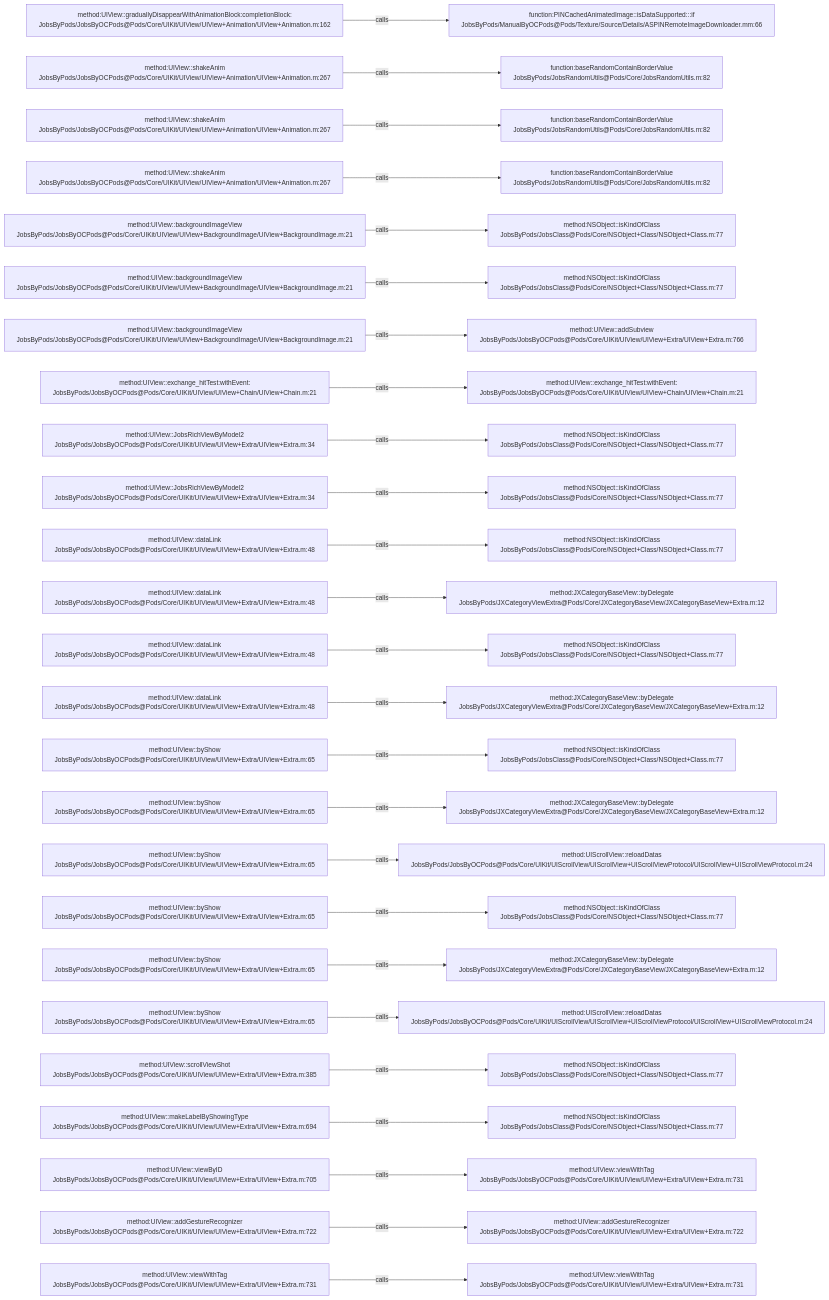
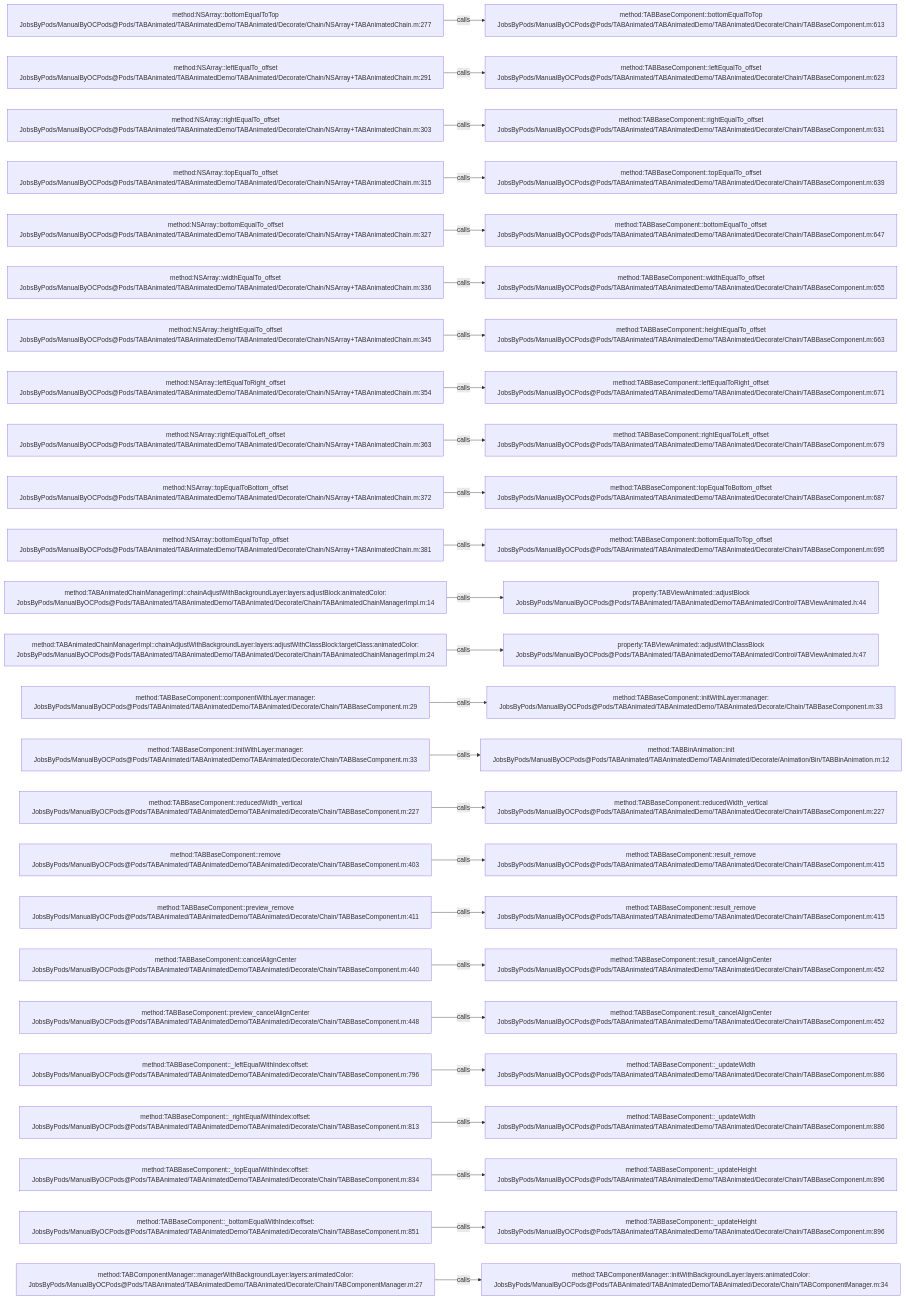
The diagram in .codegraph/codegraph.md/graphs/calls-039.md (JobsKits/JobsOCBaseConfigDemo), drawn with Mermaid before and after one commit. The commit also changed 2162 other files, not shown here.

````diff
--- a/.codegraph/codegraph.md/graphs/calls-039.md
+++ b/.codegraph/codegraph.md/graphs/calls-039.md
@@ -13,78 +13,78 @@
 ```mermaid
 flowchart LR
-  S1["method:UIView::graduallyDisappearWithAnimationBlock:completionBlock:<br/>JobsByPods/JobsByOCPods@Pods/Core/UIKit/UIView/UIView+Animation/UIView+Animation.m:162"]
-  T1["function:PINCachedAnimatedImage::isDataSupported:::if<br/>JobsByPods/ManualByOCPods@Pods/Texture/Source/Details/ASPINRemoteImageDownloader.mm:66"]
+  S1["method:NSArray::bottomEqualToTop<br/>JobsByPods/ManualByOCPods@Pods/TABAnimated/TABAnimatedDemo/TABAnimated/Decorate/Chain/NSArray+TABAnimatedChain.m:277"]
+  T1["method:TABBaseComponent::bottomEqualToTop<br/>JobsByPods/ManualByOCPods@Pods/TABAnimated/TABAnimatedDemo/TABAnimated/Decorate/Chain/TABBaseComponent.m:613"]
   S1 -->|calls| T1
-  S2["method:UIView::shakeAnim<br/>JobsByPods/JobsByOCPods@Pods/Core/UIKit/UIView/UIView+Animation/UIView+Animation.m:267"]
-  T2["function:baseRandomContainBorderValue<br/>JobsByPods/JobsRandomUtils@Pods/Core/JobsRandomUtils.m:82"]
+  S2["method:NSArray::leftEqualTo_offset<br/>JobsByPods/ManualByOCPods@Pods/TABAnimated/TABAnimatedDemo/TABAnimated/Decorate/Chain/NSArray+TABAnimatedChain.m:291"]
+  T2["method:TABBaseComponent::leftEqualTo_offset<br/>JobsByPods/ManualByOCPods@Pods/TABAnimated/TABAnimatedDemo/TABAnimated/Decorate/Chain/TABBaseComponent.m:623"]
   S2 -->|calls| T2
-  S3["method:UIView::shakeAnim<br/>JobsByPods/JobsByOCPods@Pods/Core/UIKit/UIView/UIView+Animation/UIView+Animation.m:267"]
-  T3["function:baseRandomContainBorderValue<br/>JobsByPods/JobsRandomUtils@Pods/Core/JobsRandomUtils.m:82"]
+  S3["method:NSArray::rightEqualTo_offset<br/>JobsByPods/ManualByOCPods@Pods/TABAnimated/TABAnimatedDemo/TABAnimated/Decorate/Chain/NSArray+TABAnimatedChain.m:303"]
+  T3["method:TABBaseComponent::rightEqualTo_offset<br/>JobsByPods/ManualByOCPods@Pods/TABAnimated/TABAnimatedDemo/TABAnimated/Decorate/Chain/TABBaseComponent.m:631"]
   S3 -->|calls| T3
-  S4["method:UIView::shakeAnim<br/>JobsByPods/JobsByOCPods@Pods/Core/UIKit/UIView/UIView+Animation/UIView+Animation.m:267"]
-  T4["function:baseRandomContainBorderValue<br/>JobsByPods/JobsRandomUtils@Pods/Core/JobsRandomUtils.m:82"]
+  S4["method:NSArray::topEqualTo_offset<br/>JobsByPods/ManualByOCPods@Pods/TABAnimated/TABAnimatedDemo/TABAnimated/Decorate/Chain/NSArray+TABAnimatedChain.m:315"]
+  T4["method:TABBaseComponent::topEqualTo_offset<br/>JobsByPods/ManualByOCPods@Pods/TABAnimated/TABAnimatedDemo/TABAnimated/Decorate/Chain/TABBaseComponent.m:639"]
   S4 -->|calls| T4
-  S5["method:UIView::backgroundImageView<br/>JobsByPods/JobsByOCPods@Pods/Core/UIKit/UIView/UIView+BackgroundImage/UIView+BackgroundImage.m:21"]
-  T5["method:NSObject::isKindOfClass<br/>JobsByPods/JobsClass@Pods/Core/NSObject+Class/NSObject+Class.m:77"]
+  S5["method:NSArray::bottomEqualTo_offset<br/>JobsByPods/ManualByOCPods@Pods/TABAnimated/TABAnimatedDemo/TABAnimated/Decorate/Chain/NSArray+TABAnimatedChain.m:327"]
+  T5["method:TABBaseComponent::bottomEqualTo_offset<br/>JobsByPods/ManualByOCPods@Pods/TABAnimated/TABAnimatedDemo/TABAnimated/Decorate/Chain/TABBaseComponent.m:647"]
   S5 -->|calls| T5
-  S6["method:UIView::backgroundImageView<br/>JobsByPods/JobsByOCPods@Pods/Core/UIKit/UIView/UIView+BackgroundImage/UIView+BackgroundImage.m:21"]
-  T6["method:NSObject::isKindOfClass<br/>JobsByPods/JobsClass@Pods/Core/NSObject+Class/NSObject+Class.m:77"]
+  S6["method:NSArray::widthEqualTo_offset<br/>JobsByPods/ManualByOCPods@Pods/TABAnimated/TABAnimatedDemo/TABAnimated/Decorate/Chain/NSArray+TABAnimatedChain.m:336"]
+  T6["method:TABBaseComponent::widthEqualTo_offset<br/>JobsByPods/ManualByOCPods@Pods/TABAnimated/TABAnimatedDemo/TABAnimated/Decorate/Chain/TABBaseComponent.m:655"]
   S6 -->|calls| T6
-  S7["method:UIView::backgroundImageView<br/>JobsByPods/JobsByOCPods@Pods/Core/UIKit/UIView/UIView+BackgroundImage/UIView+BackgroundImage.m:21"]
-  T7["method:UIView::addSubview<br/>JobsByPods/JobsByOCPods@Pods/Core/UIKit/UIView/UIView+Extra/UIView+Extra.m:766"]
+  S7["method:NSArray::heightEqualTo_offset<br/>JobsByPods/ManualByOCPods@Pods/TABAnimated/TABAnimatedDemo/TABAnimated/Decorate/Chain/NSArray+TABAnimatedChain.m:345"]
+  T7["method:TABBaseComponent::heightEqualTo_offset<br/>JobsByPods/ManualByOCPods@Pods/TABAnimated/TABAnimatedDemo/TABAnimated/Decorate/Chain/TABBaseComponent.m:663"]
   S7 -->|calls| T7
-  S8["method:UIView::exchange_hitTest:withEvent:<br/>JobsByPods/JobsByOCPods@Pods/Core/UIKit/UIView/UIView+Chain/UIView+Chain.m:21"]
-  T8["method:UIView::exchange_hitTest:withEvent:<br/>JobsByPods/JobsByOCPods@Pods/Core/UIKit/UIView/UIView+Chain/UIView+Chain.m:21"]
+  S8["method:NSArray::leftEqualToRight_offset<br/>JobsByPods/ManualByOCPods@Pods/TABAnimated/TABAnimatedDemo/TABAnimated/Decorate/Chain/NSArray+TABAnimatedChain.m:354"]
+  T8["method:TABBaseComponent::leftEqualToRight_offset<br/>JobsByPods/ManualByOCPods@Pods/TABAnimated/TABAnimatedDemo/TABAnimated/Decorate/Chain/TABBaseComponent.m:671"]
   S8 -->|calls| T8
-  S9["method:UIView::JobsRichViewByModel2<br/>JobsByPods/JobsByOCPods@Pods/Core/UIKit/UIView/UIView+Extra/UIView+Extra.m:34"]
-  T9["method:NSObject::isKindOfClass<br/>JobsByPods/JobsClass@Pods/Core/NSObject+Class/NSObject+Class.m:77"]
+  S9["method:NSArray::rightEqualToLeft_offset<br/>JobsByPods/ManualByOCPods@Pods/TABAnimated/TABAnimatedDemo/TABAnimated/Decorate/Chain/NSArray+TABAnimatedChain.m:363"]
+  T9["method:TABBaseComponent::rightEqualToLeft_offset<br/>JobsByPods/ManualByOCPods@Pods/TABAnimated/TABAnimatedDemo/TABAnimated/Decorate/Chain/TABBaseComponent.m:679"]
   S9 -->|calls| T9
-  S10["method:UIView::JobsRichViewByModel2<br/>JobsByPods/JobsByOCPods@Pods/Core/UIKit/UIView/UIView+Extra/UIView+Extra.m:34"]
-  T10["method:NSObject::isKindOfClass<br/>JobsByPods/JobsClass@Pods/Core/NSObject+Class/NSObject+Class.m:77"]
+  S10["method:NSArray::topEqualToBottom_offset<br/>JobsByPods/ManualByOCPods@Pods/TABAnimated/TABAnimatedDemo/TABAnimated/Decorate/Chain/NSArray+TABAnimatedChain.m:372"]
+  T10["method:TABBaseComponent::topEqualToBottom_offset<br/>JobsByPods/ManualByOCPods@Pods/TABAnimated/TABAnimatedDemo/TABAnimated/Decorate/Chain/TABBaseComponent.m:687"]
   S10 -->|calls| T10
-  S11["method:UIView::dataLink<br/>JobsByPods/JobsByOCPods@Pods/Core/UIKit/UIView/UIView+Extra/UIView+Extra.m:48"]
-  T11["method:NSObject::isKindOfClass<br/>JobsByPods/JobsClass@Pods/Core/NSObject+Class/NSObject+Class.m:77"]
+  S11["method:NSArray::bottomEqualToTop_offset<br/>JobsByPods/ManualByOCPods@Pods/TABAnimated/TABAnimatedDemo/TABAnimated/Decorate/Chain/NSArray+TABAnimatedChain.m:381"]
+  T11["method:TABBaseComponent::bottomEqualToTop_offset<br/>JobsByPods/ManualByOCPods@Pods/TABAnimated/TABAnimatedDemo/TABAnimated/Decorate/Chain/TABBaseComponent.m:695"]
   S11 -->|calls| T11
-  S12["method:UIView::dataLink<br/>JobsByPods/JobsByOCPods@Pods/Core/UIKit/UIView/UIView+Extra/UIView+Extra.m:48"]
-  T12["method:JXCategoryBaseView::byDelegate<br/>JobsByPods/JXCategoryViewExtra@Pods/Core/JXCategoryBaseView/JXCategoryBaseView+Extra.m:12"]
+  S12["method:TABAnimatedChainManagerImpl::chainAdjustWithBackgroundLayer:layers:adjustBlock:animatedColor:<br/>JobsByPods/ManualByOCPods@Pods/TABAnimated/TABAnimatedDemo/TABAnimated/Decorate/Chain/TABAnimatedChainManagerImpl.m:14"]
+  T12["property:TABViewAnimated::adjustBlock<br/>JobsByPods/ManualByOCPods@Pods/TABAnimated/TABAnimatedDemo/TABAnimated/Control/TABViewAnimated.h:44"]
   S12 -->|calls| T12
-  S13["method:UIView::dataLink<br/>JobsByPods/JobsByOCPods@Pods/Core/UIKit/UIView/UIView+Extra/UIView+Extra.m:48"]
-  T13["method:NSObject::isKindOfClass<br/>JobsByPods/JobsClass@Pods/Core/NSObject+Class/NSObject+Class.m:77"]
+  S13["method:TABAnimatedChainManagerImpl::chainAdjustWithBackgroundLayer:layers:adjustWithClassBlock:targetClass:animatedColor:<br/>JobsByPods/ManualByOCPods@Pods/TABAnimated/TABAnimatedDemo/TABAnimated/Decorate/Chain/TABAnimatedChainManagerImpl.m:24"]
+  T13["property:TABViewAnimated::adjustWithClassBlock<br/>JobsByPods/ManualByOCPods@Pods/TABAnimated/TABAnimatedDemo/TABAnimated/Control/TABViewAnimated.h:47"]
   S13 -->|calls| T13
-  S14["method:UIView::dataLink<br/>JobsByPods/JobsByOCPods@Pods/Core/UIKit/UIView/UIView+Extra/UIView+Extra.m:48"]
-  T14["method:JXCategoryBaseView::byDelegate<br/>JobsByPods/JXCategoryViewExtra@Pods/Core/JXCategoryBaseView/JXCategoryBaseView+Extra.m:12"]
+  S14["method:TABBaseComponent::componentWithLayer:manager:<br/>JobsByPods/ManualByOCPods@Pods/TABAnimated/TABAnimatedDemo/TABAnimated/Decorate/Chain/TABBaseComponent.m:29"]
+  T14["method:TABBaseComponent::initWithLayer:manager:<br/>JobsByPods/ManualByOCPods@Pods/TABAnimated/TABAnimatedDemo/TABAnimated/Decorate/Chain/TABBaseComponent.m:33"]
   S14 -->|calls| T14
-  S15["method:UIView::byShow<br/>JobsByPods/JobsByOCPods@Pods/Core/UIKit/UIView/UIView+Extra/UIView+Extra.m:65"]
-  T15["method:NSObject::isKindOfClass<br/>JobsByPods/JobsClass@Pods/Core/NSObject+Class/NSObject+Class.m:77"]
+  S15["method:TABBaseComponent::initWithLayer:manager:<br/>JobsByPods/ManualByOCPods@Pods/TABAnimated/TABAnimatedDemo/TABAnimated/Decorate/Chain/TABBaseComponent.m:33"]
+  T15["method:TABBinAnimation::init<br/>JobsByPods/ManualByOCPods@Pods/TABAnimated/TABAnimatedDemo/TABAnimated/Decorate/Animation/Bin/TABBinAnimation.m:12"]
   S15 -->|calls| T15
-  S16["method:UIView::byShow<br/>JobsByPods/JobsByOCPods@Pods/Core/UIKit/UIView/UIView+Extra/UIView+Extra.m:65"]
-  T16["method:JXCategoryBaseView::byDelegate<br/>JobsByPods/JXCategoryViewExtra@Pods/Core/JXCategoryBaseView/JXCategoryBaseView+Extra.m:12"]
+  S16["method:TABBaseComponent::reducedWidth_vertical<br/>JobsByPods/ManualByOCPods@Pods/TABAnimated/TABAnimatedDemo/TABAnimated/Decorate/Chain/TABBaseComponent.m:227"]
+  T16["method:TABBaseComponent::reducedWidth_vertical<br/>JobsByPods/ManualByOCPods@Pods/TABAnimated/TABAnimatedDemo/TABAnimated/Decorate/Chain/TABBaseComponent.m:227"]
   S16 -->|calls| T16
-  S17["method:UIView::byShow<br/>JobsByPods/JobsByOCPods@Pods/Core/UIKit/UIView/UIView+Extra/UIView+Extra.m:65"]
-  T17["method:UIScrollView::reloadDatas<br/>JobsByPods/JobsByOCPods@Pods/Core/UIKit/UIScrollView/UIScrollView+UIScrollViewProtocol/UIScrollView+UIScrollViewProtocol.m:24"]
+  S17["method:TABBaseComponent::remove<br/>JobsByPods/ManualByOCPods@Pods/TABAnimated/TABAnimatedDemo/TABAnimated/Decorate/Chain/TABBaseComponent.m:403"]
+  T17["method:TABBaseComponent::result_remove<br/>JobsByPods/ManualByOCPods@Pods/TABAnimated/TABAnimatedDemo/TABAnimated/Decorate/Chain/TABBaseComponent.m:415"]
   S17 -->|calls| T17
-  S18["method:UIView::byShow<br/>JobsByPods/JobsByOCPods@Pods/Core/UIKit/UIView/UIView+Extra/UIView+Extra.m:65"]
-  T18["method:NSObject::isKindOfClass<br/>JobsByPods/JobsClass@Pods/Core/NSObject+Class/NSObject+Class.m:77"]
+  S18["method:TABBaseComponent::preview_remove<br/>JobsByPods/ManualByOCPods@Pods/TABAnimated/TABAnimatedDemo/TABAnimated/Decorate/Chain/TABBaseComponent.m:411"]
+  T18["method:TABBaseComponent::result_remove<br/>JobsByPods/ManualByOCPods@Pods/TABAnimated/TABAnimatedDemo/TABAnimated/Decorate/Chain/TABBaseComponent.m:415"]
   S18 -->|calls| T18
-  S19["method:UIView::byShow<br/>JobsByPods/JobsByOCPods@Pods/Core/UIKit/UIView/UIView+Extra/UIView+Extra.m:65"]
-  T19["method:JXCategoryBaseView::byDelegate<br/>JobsByPods/JXCategoryViewExtra@Pods/Core/JXCategoryBaseView/JXCategoryBaseView+Extra.m:12"]
+  S19["method:TABBaseComponent::cancelAlignCenter<br/>JobsByPods/ManualByOCPods@Pods/TABAnimated/TABAnimatedDemo/TABAnimated/Decorate/Chain/TABBaseComponent.m:440"]
+  T19["method:TABBaseComponent::result_cancelAlignCenter<br/>JobsByPods/ManualByOCPods@Pods/TABAnimated/TABAnimatedDemo/TABAnimated/Decorate/Chain/TABBaseComponent.m:452"]
   S19 -->|calls| T19
-  S20["method:UIView::byShow<br/>JobsByPods/JobsByOCPods@Pods/Core/UIKit/UIView/UIView+Extra/UIView+Extra.m:65"]
-  T20["method:UIScrollView::reloadDatas<br/>JobsByPods/JobsByOCPods@Pods/Core/UIKit/UIScrollView/UIScrollView+UIScrollViewProtocol/UIScrollView+UIScrollViewProtocol.m:24"]
+  S20["method:TABBaseComponent::preview_cancelAlignCenter<br/>JobsByPods/ManualByOCPods@Pods/TABAnimated/TABAnimatedDemo/TABAnimated/Decorate/Chain/TABBaseComponent.m:448"]
+  T20["method:TABBaseComponent::result_cancelAlignCenter<br/>JobsByPods/ManualByOCPods@Pods/TABAnimated/TABAnimatedDemo/TABAnimated/Decorate/Chain/TABBaseComponent.m:452"]
   S20 -->|calls| T20
-  S21["method:UIView::scrollViewShot<br/>JobsByPods/JobsByOCPods@Pods/Core/UIKit/UIView/UIView+Extra/UIView+Extra.m:385"]
-  T21["method:NSObject::isKindOfClass<br/>JobsByPods/JobsClass@Pods/Core/NSObject+Class/NSObject+Class.m:77"]
+  S21["method:TABBaseComponent::_leftEqualWithIndex:offset:<br/>JobsByPods/ManualByOCPods@Pods/TABAnimated/TABAnimatedDemo/TABAnimated/Decorate/Chain/TABBaseComponent.m:796"]
+  T21["method:TABBaseComponent::_updateWidth<br/>JobsByPods/ManualByOCPods@Pods/TABAnimated/TABAnimatedDemo/TABAnimated/Decorate/Chain/TABBaseComponent.m:886"]
   S21 -->|calls| T21
-  S22["method:UIView::makeLabelByShowingType<br/>JobsByPods/JobsByOCPods@Pods/Core/UIKit/UIView/UIView+Extra/UIView+Extra.m:694"]
-  T22["method:NSObject::isKindOfClass<br/>JobsByPods/JobsClass@Pods/Core/NSObject+Class/NSObject+Class.m:77"]
+  S22["method:TABBaseComponent::_rightEqualWithIndex:offset:<br/>JobsByPods/ManualByOCPods@Pods/TABAnimated/TABAnimatedDemo/TABAnimated/Decorate/Chain/TABBaseComponent.m:813"]
+  T22["method:TABBaseComponent::_updateWidth<br/>JobsByPods/ManualByOCPods@Pods/TABAnimated/TABAnimatedDemo/TABAnimated/Decorate/Chain/TABBaseComponent.m:886"]
   S22 -->|calls| T22
-  S23["method:UIView::viewByID<br/>JobsByPods/JobsByOCPods@Pods/Core/UIKit/UIView/UIView+Extra/UIView+Extra.m:705"]
-  T23["method:UIView::viewWithTag<br/>JobsByPods/JobsByOCPods@Pods/Core/UIKit/UIView/UIView+Extra/UIView+Extra.m:731"]
+  S23["method:TABBaseComponent::_topEqualWithIndex:offset:<br/>JobsByPods/ManualByOCPods@Pods/TABAnimated/TABAnimatedDemo/TABAnimated/Decorate/Chain/TABBaseComponent.m:834"]
+  T23["method:TABBaseComponent::_updateHeight<br/>JobsByPods/ManualByOCPods@Pods/TABAnimated/TABAnimatedDemo/TABAnimated/Decorate/Chain/TABBaseComponent.m:896"]
   S23 -->|calls| T23
-  S24["method:UIView::addGestureRecognizer<br/>JobsByPods/JobsByOCPods@Pods/Core/UIKit/UIView/UIView+Extra/UIView+Extra.m:722"]
-  T24["method:UIView::addGestureRecognizer<br/>JobsByPods/JobsByOCPods@Pods/Core/UIKit/UIView/UIView+Extra/UIView+Extra.m:722"]
+  S24["method:TABBaseComponent::_bottomEqualWithIndex:offset:<br/>JobsByPods/ManualByOCPods@Pods/TABAnimated/TABAnimatedDemo/TABAnimated/Decorate/Chain/TABBaseComponent.m:851"]
+  T24["method:TABBaseComponent::_updateHeight<br/>JobsByPods/ManualByOCPods@Pods/TABAnimated/TABAnimatedDemo/TABAnimated/Decorate/Chain/TABBaseComponent.m:896"]
   S24 -->|calls| T24
-  S25["method:UIView::viewWithTag<br/>JobsByPods/JobsByOCPods@Pods/Core/UIKit/UIView/UIView+Extra/UIView+Extra.m:731"]
-  T25["method:UIView::viewWithTag<br/>JobsByPods/JobsByOCPods@Pods/Core/UIKit/UIView/UIView+Extra/UIView+Extra.m:731"]
+  S25["method:TABComponentManager::managerWithBackgroundLayer:layers:animatedColor:<br/>JobsByPods/ManualByOCPods@Pods/TABAnimated/TABAnimatedDemo/TABAnimated/Decorate/Chain/TABComponentManager.m:27"]
+  T25["method:TABComponentManager::initWithBackgroundLayer:layers:animatedColor:<br/>JobsByPods/ManualByOCPods@Pods/TABAnimated/TABAnimatedDemo/TABAnimated/Decorate/Chain/TABComponentManager.m:34"]
   S25 -->|calls| T25
 ```
````
